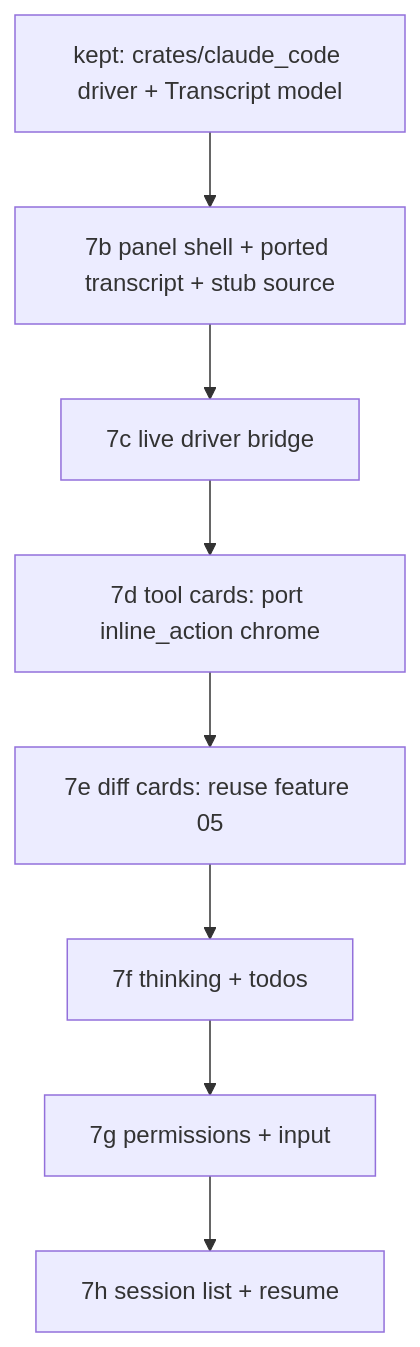
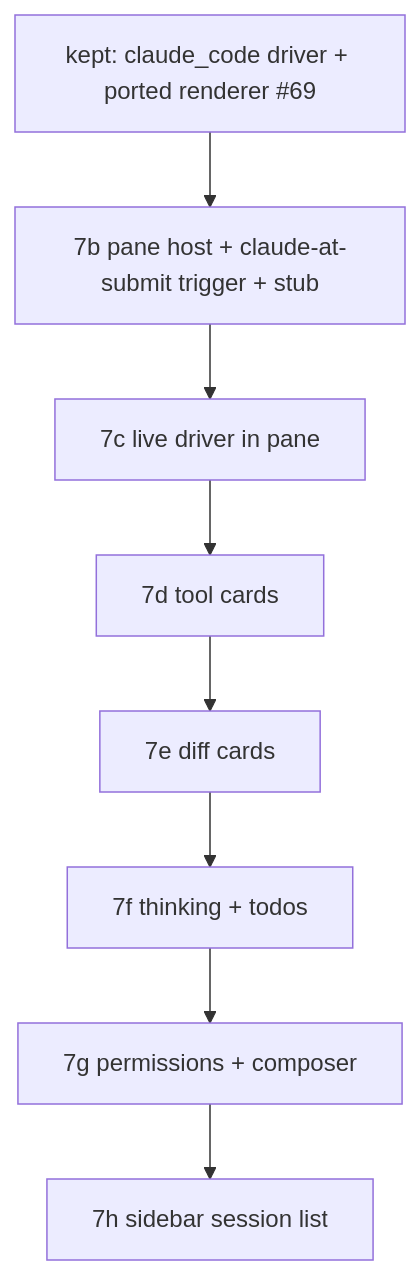
One commit to timomak/twarp changed the diagram in roadmap/07-claude-code-panel/TECH.md. Above: the diagram before and after it, drawn with Mermaid. The commit also changed other lines of this file and 1 other file, not shown here.

First line of the commit message:
[twarp 07] re-spec: terminal-triggered main-pane chat (supersede sidebar)

````diff
--- a/roadmap/07-claude-code-panel/TECH.md
+++ b/roadmap/07-claude-code-panel/TECH.md
@@ -313,10 +136,6 @@
 ```mermaid
 graph TD
-  A[kept: crates/claude_code driver + Transcript model] --> B[7b panel shell + ported transcript + stub source]
-  B --> C[7c live driver bridge]
-  C --> D[7d tool cards: port inline_action chrome]
-  D --> E[7e diff cards: reuse feature 05]
-  E --> F[7f thinking + todos]
-  F --> G[7g permissions + input]
-  G --> H[7h session list + resume]
+  A[kept: claude_code driver + ported renderer #69] --> B[7b pane host + claude-at-submit trigger + stub]
+  B --> C[7c live driver in pane]
+  C --> D[7d tool cards] --> E[7e diff cards] --> F[7f thinking + todos] --> G[7g permissions + composer] --> H[7h sidebar session list]
 ```
````
